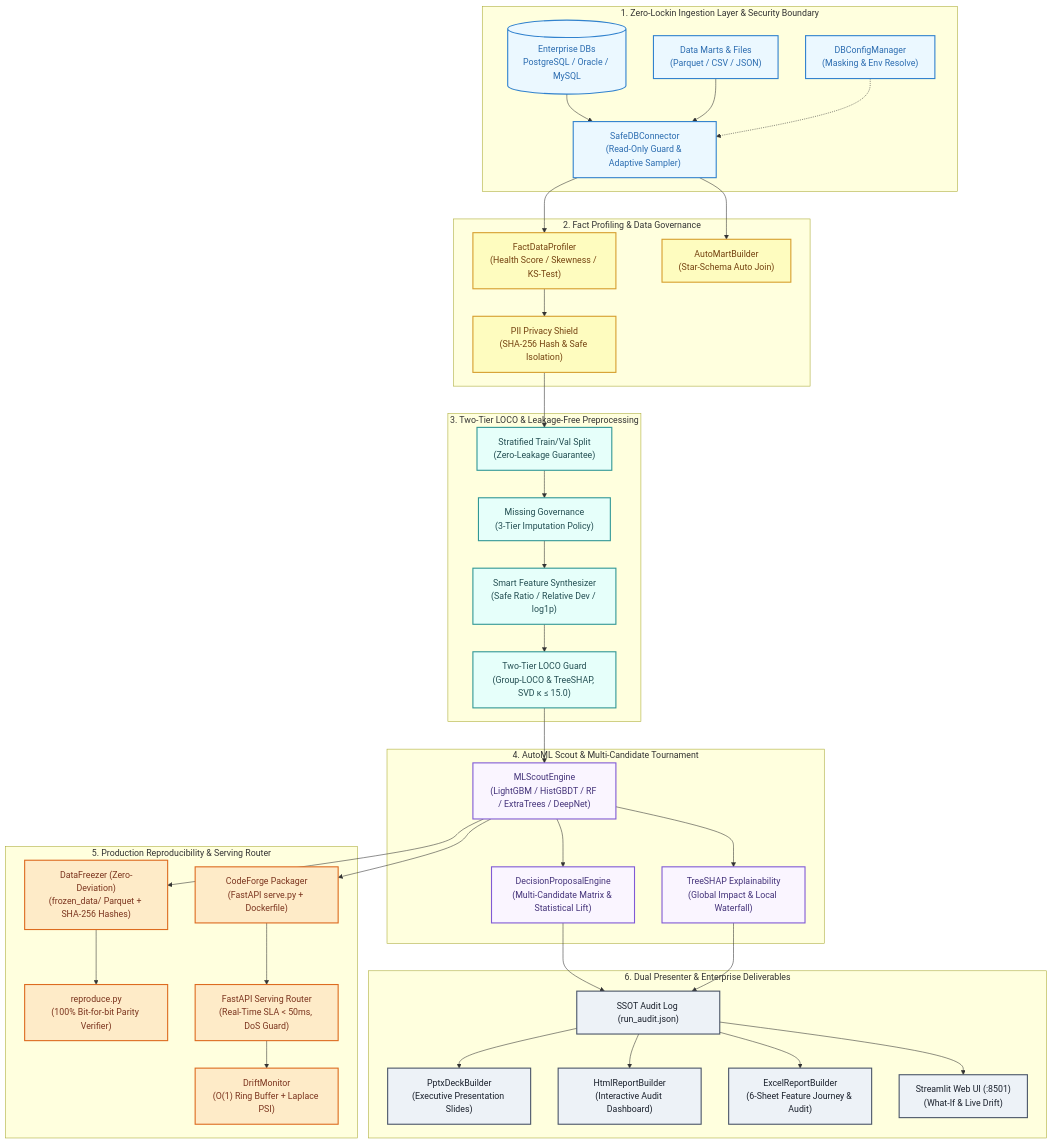
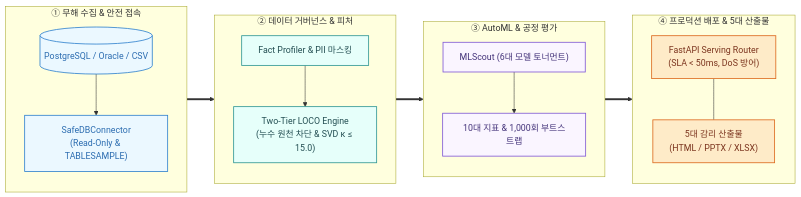
The diagram in README.md (kc9302/auto-data-analyzer-), drawn with Mermaid before and after one commit. The commit also changed other lines of this file, not shown here.

Commit message:
docs: streamline Mermaid diagram into a clean 4-stage horizontal pipeline

````diff
--- a/README.md
+++ b/README.md
@@ -23,57 +23,42 @@
 ```mermaid
-flowchart TB
-    subgraph Boundary1 ["1. Zero-Lockin Ingestion Layer & Security Boundary"]
-        DB[("Enterprise DBs<br/>PostgreSQL / Oracle / MySQL")] --> SafeConn["SafeDBConnector<br/>(Read-Only Guard & Adaptive Sampler)"]
-        CSV["Data Marts & Files<br/>(Parquet / CSV / JSON)"] --> SafeConn
-        Config["DBConfigManager<br/>(Masking & Env Resolve)"] -.-> SafeConn
+flowchart LR
+    subgraph S1 ["① 무해 수집 & 안전 접속"]
+        direction TB
+        DB[("PostgreSQL / Oracle / CSV")]
+        Safe["SafeDBConnector<br/>(Read-Only & TABLESAMPLE)"]
+        DB --> Safe
     end
 
-    subgraph Boundary2 ["2. Fact Profiling & Data Governance"]
-        SafeConn --> Profiler["FactDataProfiler<br/>(Health Score / Skewness / KS-Test)"]
-        Profiler --> PII["PII Privacy Shield<br/>(SHA-256 Hash & Safe Isolation)"]
-        SafeConn --> Mart["AutoMartBuilder<br/>(Star-Schema Auto Join)"]
+    subgraph S2 ["② 데이터 거버넌스 & 피처"]
+        direction TB
+        Gov["Fact Profiler & PII 마스킹"]
+        LOCO["Two-Tier LOCO Engine<br/>(누수 원천 차단 & SVD κ ≤ 15.0)"]
+        Gov --> LOCO
     end
 
-    subgraph Boundary3 ["3. Two-Tier LOCO & Leakage-Free Preprocessing"]
-        PII --> Split["Stratified Train/Val Split<br/>(Zero-Leakage Guarantee)"]
-        Split --> MissGov["Missing Governance<br/>(3-Tier Imputation Policy)"]
-        MissGov --> Synthesizer["Smart Feature Synthesizer<br/>(Safe Ratio / Relative Dev / log1p)"]
-        Synthesizer --> LOCO["Two-Tier LOCO Guard<br/>(Group-LOCO & TreeSHAP, SVD κ ≤ 15.0)"]
+    subgraph S3 ["③ AutoML & 공정 평가"]
+        direction TB
+        Scout["MLScout (6대 모델 토너먼트)"]
+        Stat["10대 지표 & 1,000회 부트스트랩"]
+        Scout --> Stat
     end
 
-    subgraph Boundary4 ["4. AutoML Scout & Multi-Candidate Tournament"]
-        LOCO --> MLScout["MLScoutEngine<br/>(LightGBM / HistGBDT / RF / ExtraTrees / DeepNet)"]
-        MLScout --> XAI["TreeSHAP Explainability<br/>(Global Impact & Local Waterfall)"]
-        MLScout --> Decision["DecisionProposalEngine<br/>(Multi-Candidate Matrix & Statistical Lift)"]
+    subgraph S4 ["④ 프로덕션 배포 & 5대 산출물"]
+        direction TB
+        Serve["FastAPI Serving Router<br/>(SLA < 50ms, DoS 방어)"]
+        Docs["5대 감리 산출물<br/>(HTML / PPTX / XLSX)"]
+        Serve --- Docs
     end
 
-    subgraph Boundary5 ["5. Production Reproducibility & Serving Router"]
-        MLScout --> Freezer["DataFreezer (Zero-Deviation)<br/>(frozen_data/ Parquet + SHA-256 Hashes)"]
-        Freezer --> ReproScript["reproduce.py<br/>(100% Bit-for-bit Parity Verifier)"]
-        MLScout --> CodeForge["CodeForge Packager<br/>(FastAPI serve.py + Dockerfile)"]
-        CodeForge --> ServingRouter["FastAPI Serving Router<br/>(Real-Time SLA < 50ms, DoS Guard)"]
-        ServingRouter --> Drift["DriftMonitor<br/>(O(1) Ring Buffer + Laplace PSI)"]
-    end
+    S1 ==> S2 ==> S3 ==> S4
 
-    subgraph Boundary6 ["6. Dual Presenter & Enterprise Deliverables"]
-        Decision & XAI --> SSOT["SSOT Audit Log (run_audit.json)"]
-        SSOT --> PPTX["PptxDeckBuilder<br/>(Executive Presentation Slides)"]
-        SSOT --> HTML["HtmlReportBuilder<br/>(Interactive Audit Dashboard)"]
-        SSOT --> XLSX["ExcelReportBuilder<br/>(6-Sheet Feature Journey & Audit)"]
-        SSOT --> WebUI["Streamlit Web UI (:8501)<br/>(What-If & Live Drift)"]
-    end
+    classDef s1 fill:#EBF8FF,stroke:#3182CE,stroke-width:1.5px,color:#2B6CB0;
+    classDef s2 fill:#E6FFFA,stroke:#319795,stroke-width:1.5px,color:#234E52;
+    classDef s3 fill:#FAF5FF,stroke:#805AD5,stroke-width:1.5px,color:#44337A;
+    classDef s4 fill:#FEEBC8,stroke:#DD6B20,stroke-width:1.5px,color:#7B341E;
 
-    classDef ingest fill:#EBF8FF,stroke:#3182CE,stroke-width:2px,color:#2B6CB0;
-    classDef prof fill:#FEFCBF,stroke:#D69E2E,stroke-width:2px,color:#744210;
-    classDef prep fill:#E6FFFA,stroke:#319795,stroke-width:2px,color:#234E52;
-    classDef ml fill:#FAF5FF,stroke:#805AD5,stroke-width:2px,color:#44337A;
-    classDef serve fill:#FEEBC8,stroke:#DD6B20,stroke-width:2px,color:#7B341E;
-    classDef pres fill:#EDF2F7,stroke:#4A5568,stroke-width:2px,color:#1A202C;
-
-    class DB,CSV,Config,SafeConn ingest;
-    class Profiler,PII,Mart prof;
-    class Split,MissGov,Synthesizer,LOCO prep;
-    class MLScout,XAI,Decision ml;
-    class Freezer,ReproScript,CodeForge,ServingRouter,Drift serve;
-    class SSOT,PPTX,HTML,XLSX,WebUI pres;
+    class DB,Safe s1;
+    class Gov,LOCO s2;
+    class Scout,Stat s3;
+    class Serve,Docs s4;
 ```
````
